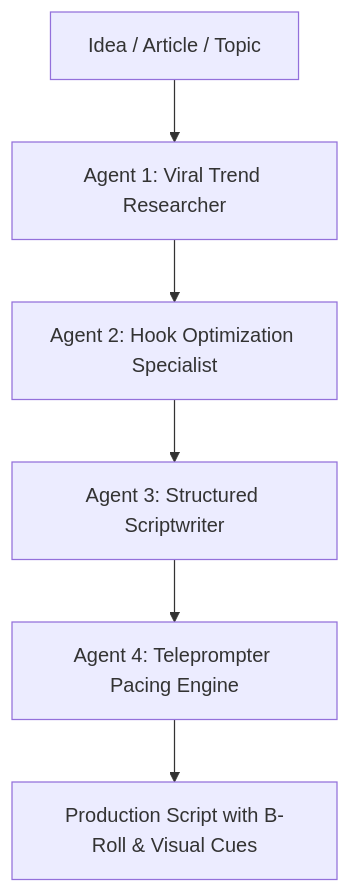
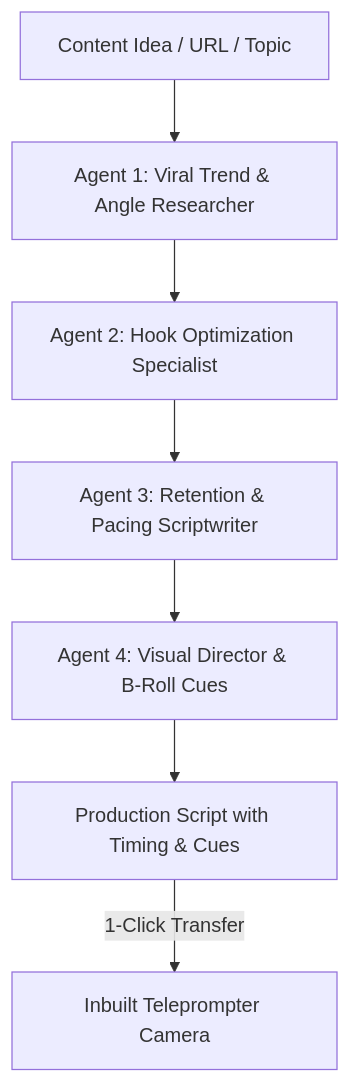
Before and after one commit to simplicion/180workspace: the diagram in apps/docs/docs/products/180-social-studio/04-ai-script-director.md, drawn with Mermaid. The commit also changed other lines of this file and 25 other files, not shown here.

````diff
--- a/apps/docs/docs/products/180-social-studio/04-ai-script-director.md
+++ b/apps/docs/docs/products/180-social-studio/04-ai-script-director.md
@@ -13,9 +13,10 @@
 ```mermaid
 graph TD
-    Topic[Idea / Article / Topic] --> Researcher[Agent 1: Viral Trend Researcher]
+    Input[Content Idea / URL / Topic] --> Researcher[Agent 1: Viral Trend & Angle Researcher]
     Researcher --> HookAgent[Agent 2: Hook Optimization Specialist]
-    HookAgent --> Writer[Agent 3: Structured Scriptwriter]
-    Writer --> Pacing[Agent 4: Teleprompter Pacing Engine]
+    HookAgent --> Writer[Agent 3: Retention & Pacing Scriptwriter]
+    Writer --> VisualAgent[Agent 4: Visual Director & B-Roll Cues]
 
-    Pacing --> ScriptOutput[Production Script with B-Roll & Visual Cues]
+    VisualAgent --> FinalScript[Production Script with Timing & Cues]
+    FinalScript -->|1-Click Transfer| Prompter[Inbuilt Teleprompter Camera]
 ```
````
